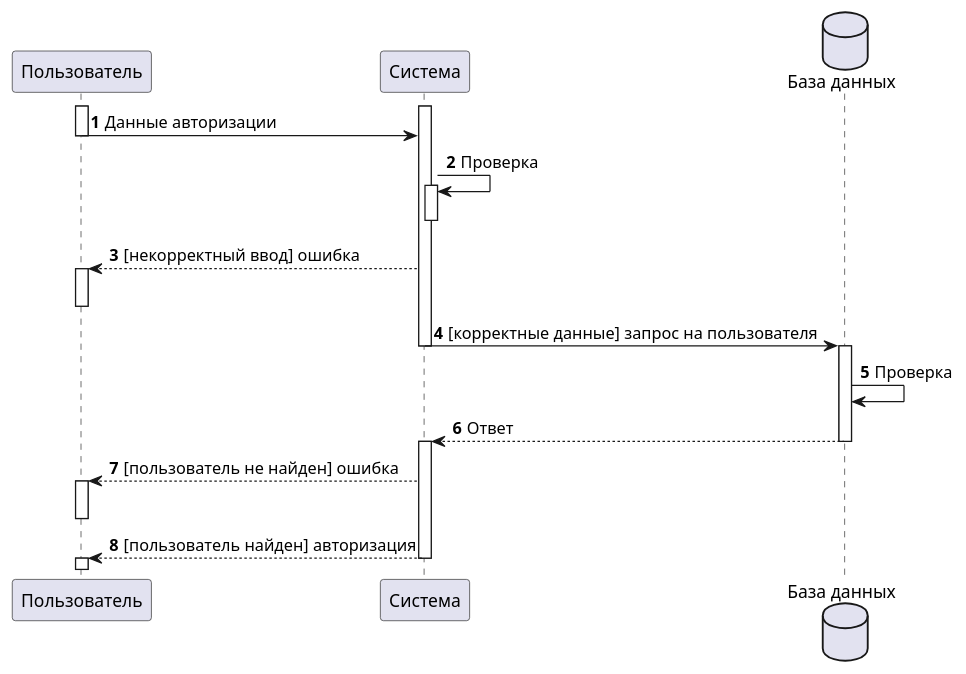
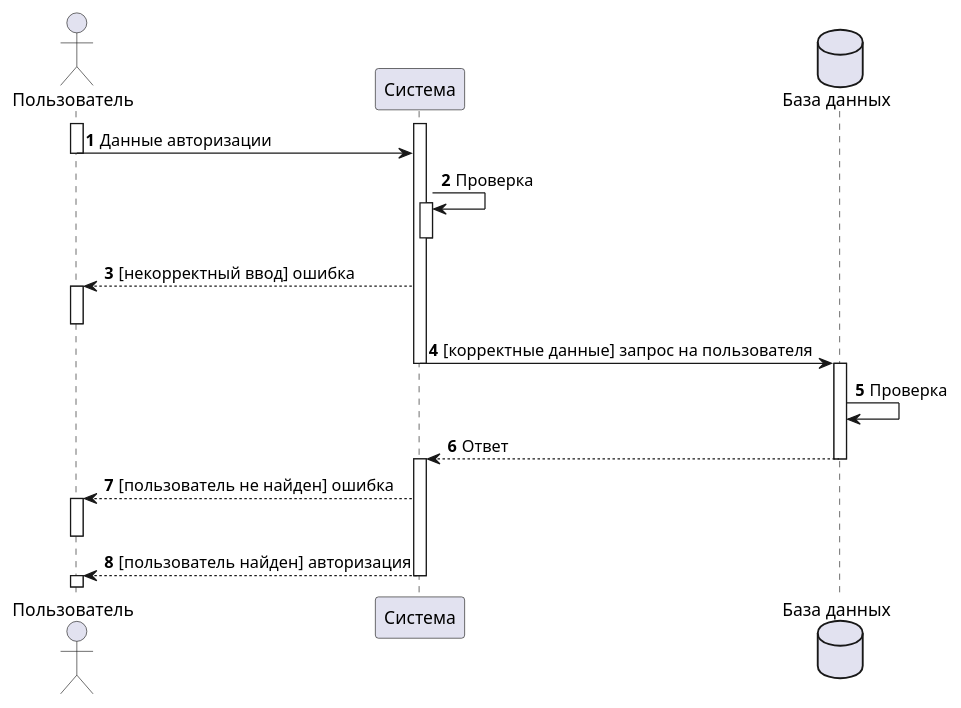
Before and after one commit to xlebec27/RGARMusic: the diagram in docs/diagrams/SequenceAuthorization.puml, drawn with PlantUML. The commit also changed 1 other file, not shown here.

Commit message:
Final SequenceAuthorization

```diff
--- a/docs/diagrams/SequenceAuthorization.puml
+++ b/docs/diagrams/SequenceAuthorization.puml
@@ -1,40 +1,40 @@
 @startuml
 autonumber
 
-participant "Пользователь" as Пользователь
+actor "Пользователь" as Пользователь
 participant "Система" as Система
 database "База данных" as database
 
 autonumber
 activate Система
 activate Пользователь
 Пользователь -> Система: Данные авторизации
 deactivate Пользователь
 
 
 Система -> Система:Проверка
 activate Система
 
 deactivate Система
 
 Система -->Пользователь:[некорректный ввод] ошибка
 activate Пользователь
 deactivate Пользователь
 Система -> database:[корректные данные] запрос на пользователя
 deactivate Система
 activate database
 
 database -> database:Проверка
 database-->Система: Ответ
 deactivate database
 
 activate Система
 
 Система -->Пользователь:[пользователь не найден] ошибка
 activate Пользователь
 deactivate Пользователь
 Система -->Пользователь:[пользователь найден] авторизация
 deactivate Система
 activate Пользователь
 deactivate Пользователь
 @enduml
```
